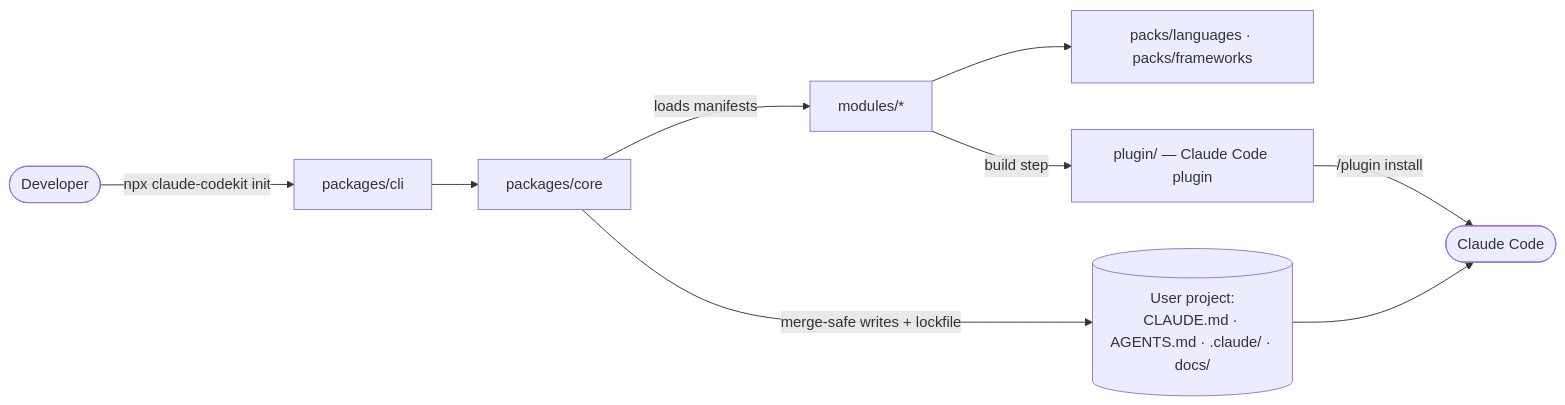
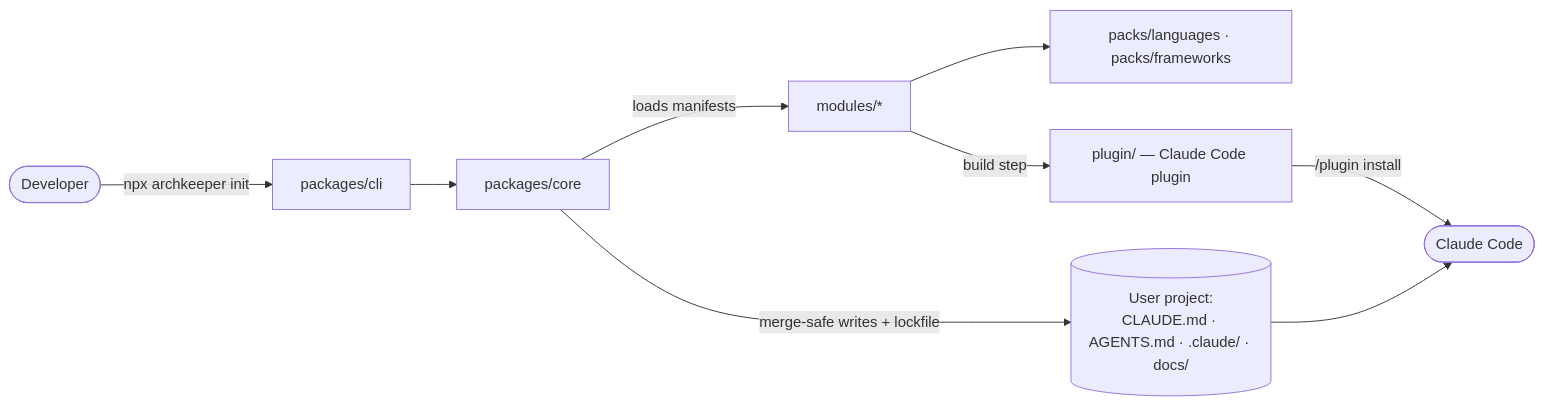
The diagram in docs/architecture.md (arbindpd96/archkeeper), drawn with Mermaid before and after one commit. The commit also changed other lines of this file and 21 other files, not shown here.

````diff
--- a/docs/architecture.md
+++ b/docs/architecture.md
@@ -8,11 +8,11 @@
 ```mermaid
 flowchart LR
-  user([Developer]) -->|npx claude-codekit init| cli[packages/cli]
+  user([Developer]) -->|npx archkeeper init| cli[packages/cli]
   cli --> core[packages/core]
   core -->|loads manifests| modules[modules/*]
   modules --> packs[packs/languages · packs/frameworks]
   core -->|merge-safe writes + lockfile| project[(User project:<br/>CLAUDE.md · AGENTS.md · .claude/ · docs/)]
   modules -->|build step| plugin[plugin/ — Claude Code plugin]
   plugin -->|/plugin install| cc([Claude Code])
   project --> cc
 ```
````
